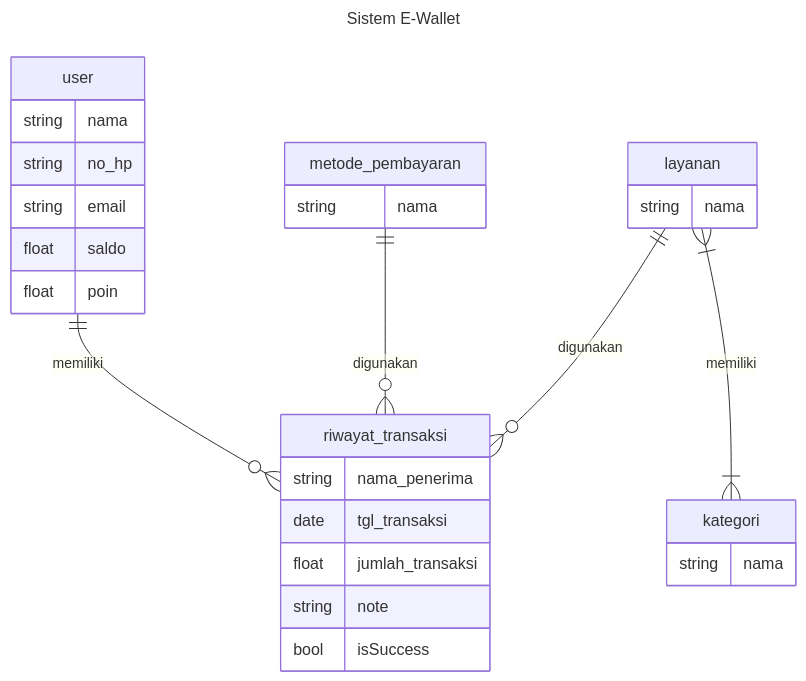
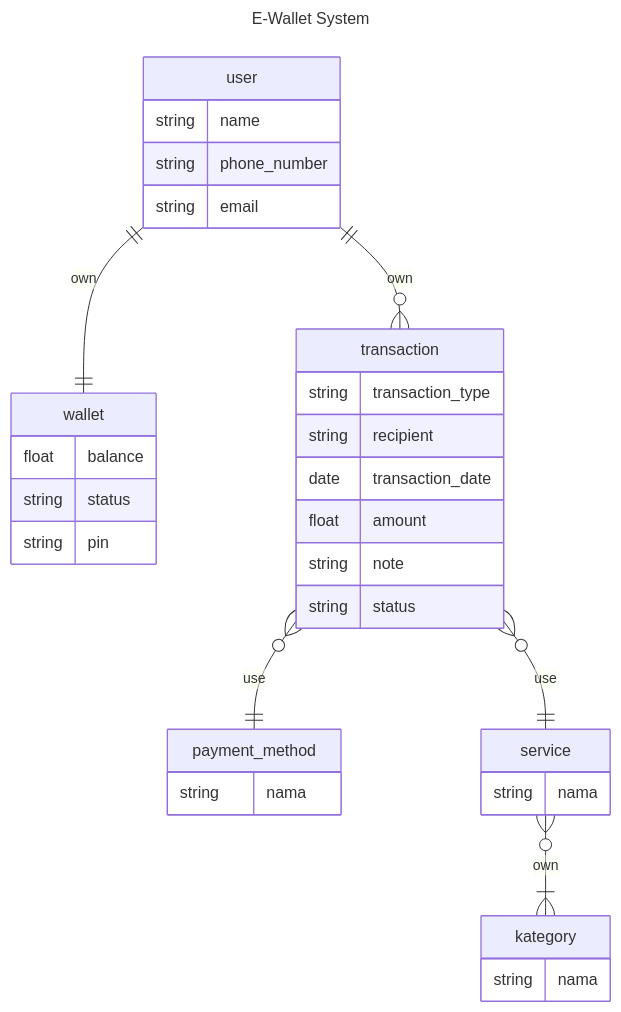
The diagram in README.md (ItsnaMaulanaHasan/koda-b4-db2), drawn with Mermaid before and after one commit. The commit also changed other lines of this file, not shown here.

Commit message:
feat: update erd ewallet system

````diff
--- a/README.md
+++ b/README.md
@@ -3,39 +3,45 @@
 ```mermaid
 ---
-    title: Sistem E-Wallet
+    title: E-Wallet System
 ---
 erDiagram
     user{
-        string nama
-        string no_hp
+        string name
+        string phone_number
         string email
-        float saldo
-        float poin
     }
 
-    riwayat_transaksi{
-        string nama_penerima
-        date tgl_transaksi
-        float jumlah_transaksi
-        string note
-        bool isSuccess
+    wallet{
+        float balance
+        string status
+        string pin
     }
 
-    metode_pembayaran{
+    transaction{
+        string transaction_type
+        string recipient
+        date transaction_date
+        float amount
+        string note
+        string status
+    }
+
+    payment_method{
         string nama
     }
 
-    layanan{
+    service{
         string nama
     }
 
-    kategori{
+    kategory{
         string nama
     }
 
-    user ||--o{ riwayat_transaksi : memiliki
-    metode_pembayaran ||--o{ riwayat_transaksi : digunakan
-    layanan }|--|{ kategori : memiliki
-    layanan ||--o{ riwayat_transaksi : digunakan
+    user ||--o{ transaction : own
+    user ||--|| wallet : own
+    transaction }o--|| payment_method: use
+    transaction }o--|| service: use
+    service }o--|{ kategory : own
 
 ```
````
